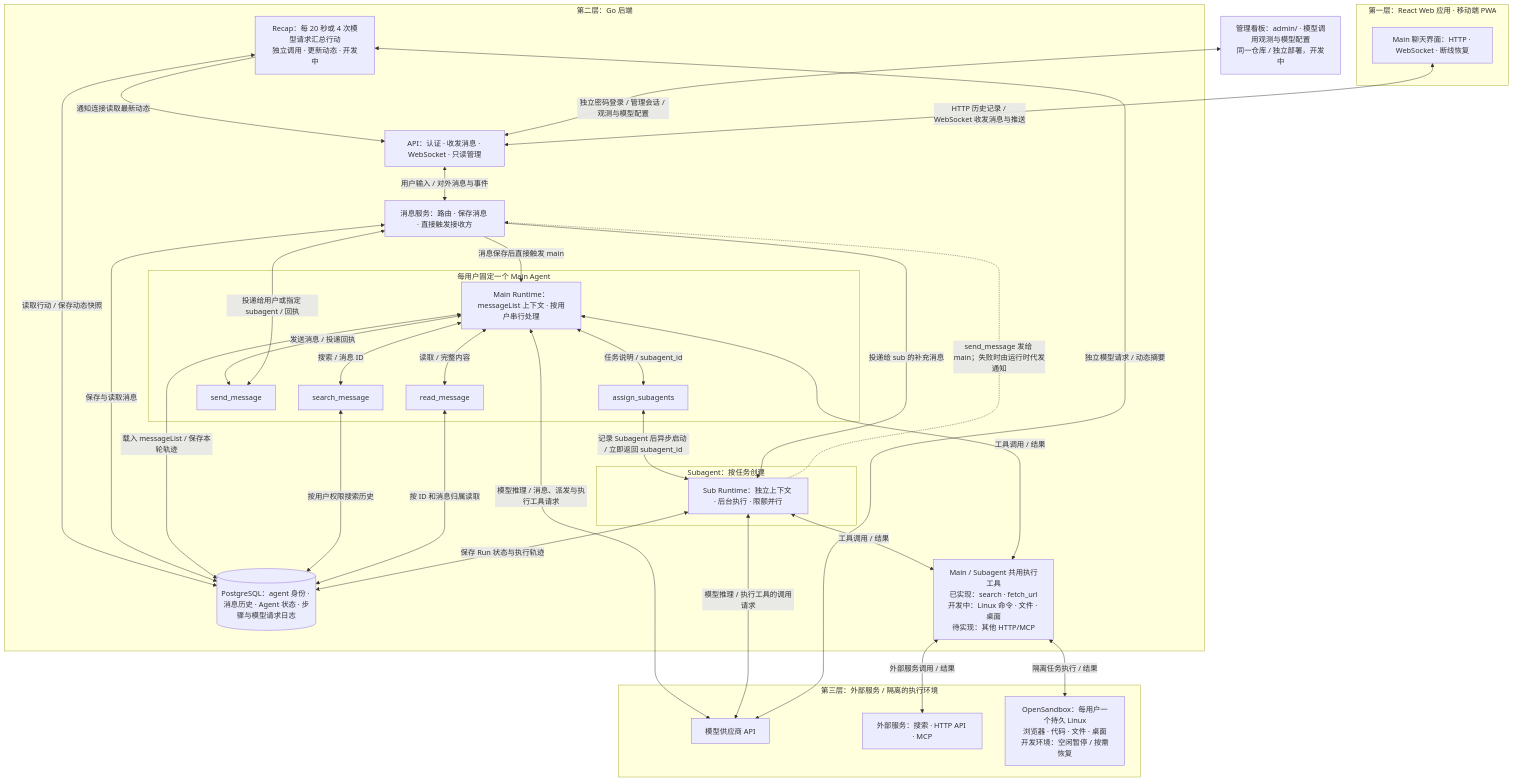
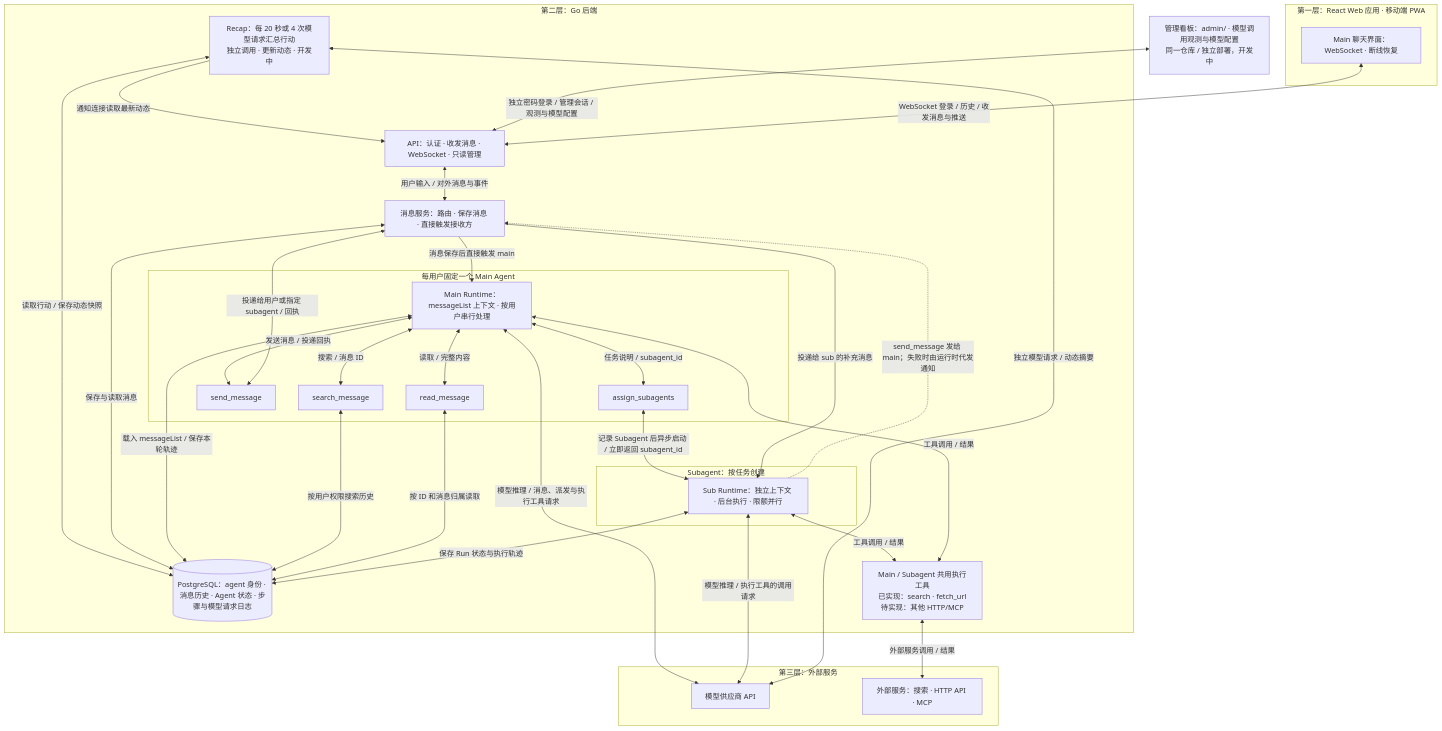
Before and after one commit to OmniNetOpensource/aether-personal: the diagram in docs/architecture.mmd, drawn with Mermaid. The commit also changed 13 other files, not shown here.

```diff
--- a/docs/architecture.mmd
+++ b/docs/architecture.mmd
@@ -1,63 +1,61 @@
 flowchart TD
     subgraph L1["第一层：React Web 应用 · 移动端 PWA"]
-        CLIENT["Main 聊天界面：HTTP · WebSocket · 断线恢复"]
+        CLIENT["Main 聊天界面：WebSocket · 断线恢复"]
     end
 
     subgraph L2["第二层：Go 后端"]
         API["API：认证 · 收发消息 · WebSocket · 只读管理"]
         MESSAGES["消息服务：路由 · 保存消息 · 直接触发接收方"]
         DB[("PostgreSQL：agent 身份 · 消息历史 · Agent 状态 · 步骤与模型请求日志")]
 
         subgraph MAINBOX["每用户固定一个 Main Agent"]
             MAIN["Main Runtime：messageList 上下文 · 按用户串行处理"]
             ASSIGN["assign_subagents"]
             SEND["send_message"]
             SEARCH["search_message"]
             READ["read_message"]
 
             MAIN <-->|"任务说明 / subagent_id"| ASSIGN
             MAIN <-->|"发送消息 / 投递回执"| SEND
             MAIN <-->|"搜索 / 消息 ID"| SEARCH
             MAIN <-->|"读取 / 完整内容"| READ
         end
 
         subgraph SUBBOX["Subagent：按任务创建"]
             SUB["Sub Runtime：独立上下文 · 后台执行 · 限额并行"]
         end
 
         RECAP["Recap：每 20 秒或 4 次模型请求汇总行动<br/>独立调用 · 更新动态 · 开发中"]
         RECAP <-->|"读取行动 / 保存动态快照"| DB
         RECAP -->|"通知连接读取最新动态"| API
 
-        TOOLS["Main / Subagent 共用执行工具<br/>已实现：search · fetch_url<br/>开发中：Linux 命令 · 文件 · 桌面<br/>待实现：其他 HTTP/MCP"]
+        TOOLS["Main / Subagent 共用执行工具<br/>已实现：search · fetch_url<br/>待实现：其他 HTTP/MCP"]
         SUB <-->|"工具调用 / 结果"| TOOLS
         MAIN <-->|"工具调用 / 结果"| TOOLS
         API <-->|"用户输入 / 对外消息与事件"| MESSAGES
         MESSAGES <-->|"保存与读取消息"| DB
         MESSAGES -->|"消息保存后直接触发 main"| MAIN
         MAIN <-->|"载入 messageList / 保存本轮轨迹"| DB
 
         ASSIGN <-->|"记录 Subagent 后异步启动 / 立即返回 subagent_id"| SUB
         SEND <-->|"投递给用户或指定 subagent / 回执"| MESSAGES
         SEARCH <-->|"按用户权限搜索历史"| DB
         READ <-->|"按 ID 和消息归属读取"| DB
 
         MESSAGES -->|"投递给 sub 的补充消息"| SUB
         SUB -.->|"send_message 发给 main；失败时由运行时代发通知"| MESSAGES
         SUB <-->|"保存 Run 状态与执行轨迹"| DB
     end
 
-    subgraph L3["第三层：外部服务 / 隔离的执行环境"]
+    subgraph L3["第三层：外部服务"]
         MODEL["模型供应商 API"]
         EXTERNAL["外部服务：搜索 · HTTP API · MCP"]
-        SANDBOX["OpenSandbox：每用户一个持久 Linux<br/>浏览器 · 代码 · 文件 · 桌面<br/>开发环境：空闲暂停 / 按需恢复"]
     end
 
     ADMIN["管理看板：admin/ · 模型调用观测与模型配置<br/>同一仓库 / 独立部署，开发中"]
     ADMIN <-->|"独立密码登录 / 管理会话 / 观测与模型配置"| API
-    CLIENT <-->|"HTTP 历史记录 / WebSocket 收发消息与推送"| API
+    CLIENT <-->|"WebSocket 登录 / 历史 / 收发消息与推送"| API
     MAIN <-->|"模型推理 / 消息、派发与执行工具请求"| MODEL
     SUB <-->|"模型推理 / 执行工具的调用请求"| MODEL
     RECAP <-->|"独立模型请求 / 动态摘要"| MODEL
     TOOLS <-->|"外部服务调用 / 结果"| EXTERNAL
-    TOOLS <-->|"隔离任务执行 / 结果"| SANDBOX
```
